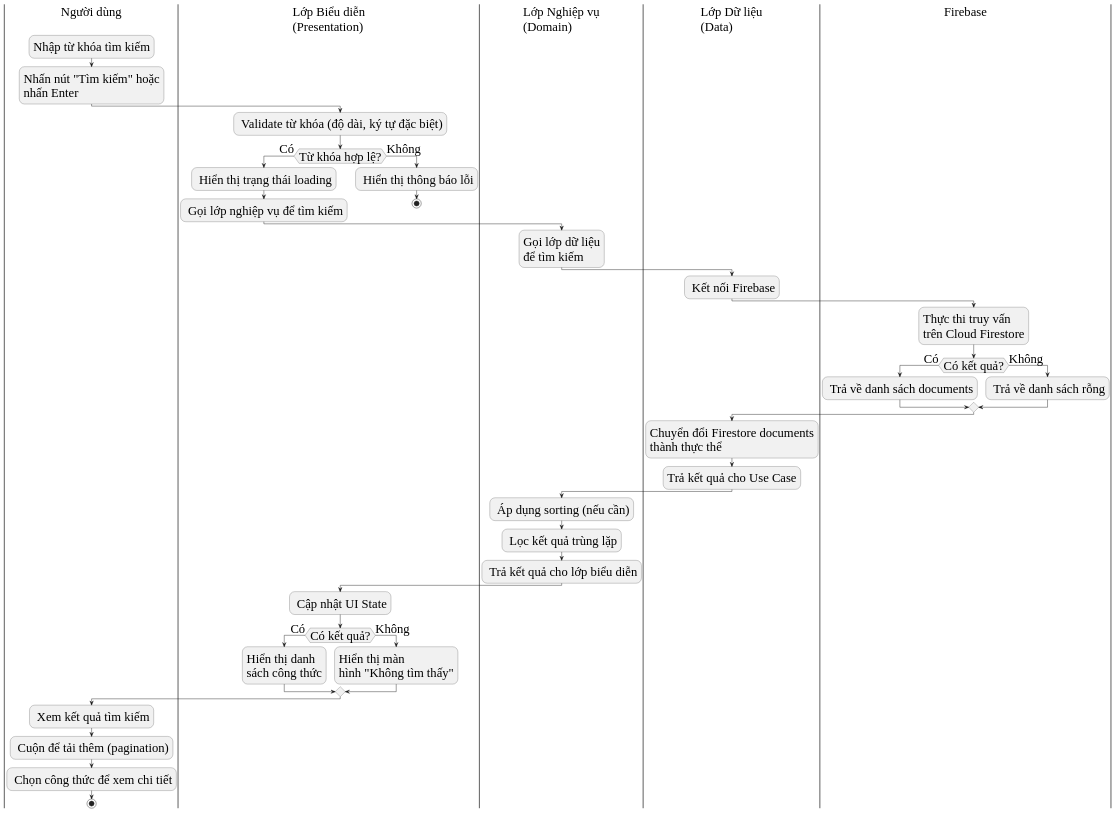
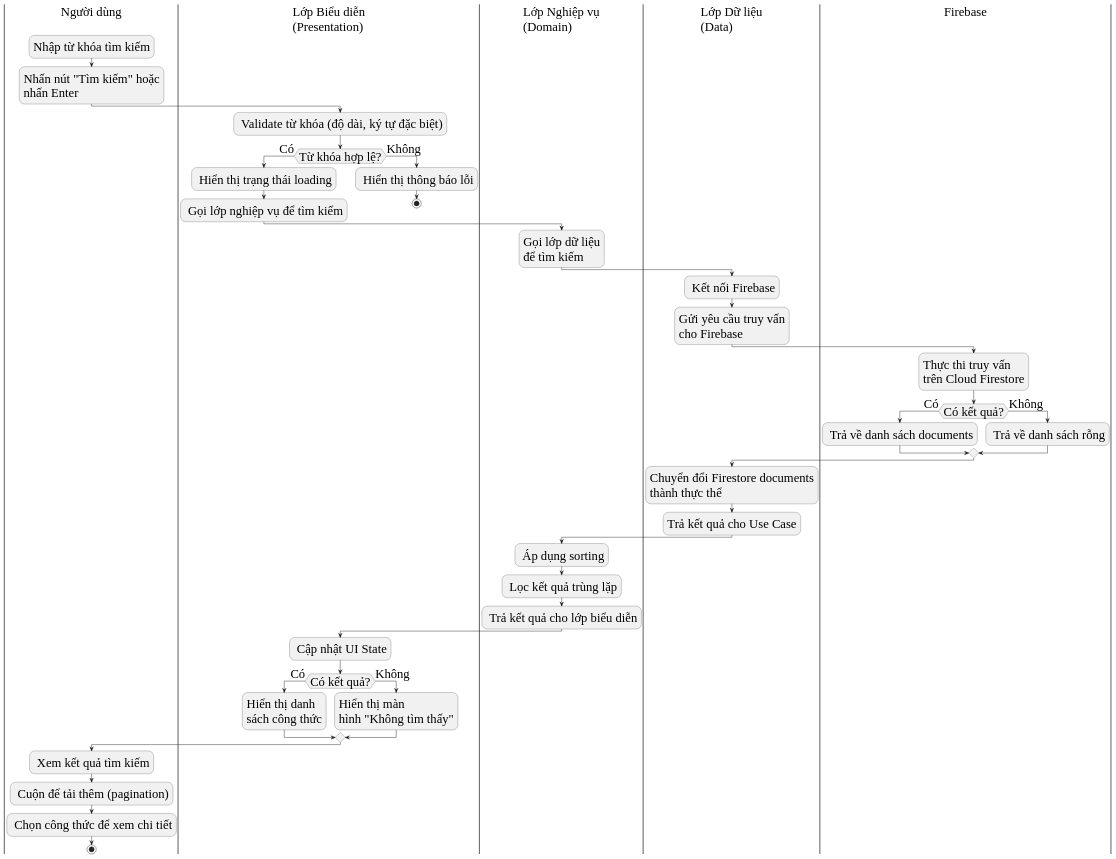
One commit to thecodinglife320/CookGood changed the diagram in diagram/search_share_recipe.puml. Above: the diagram before and after it, drawn with PlantUML. The commit also changed 38 other files, not shown here.

```diff
--- a/diagram/search_share_recipe.puml
+++ b/diagram/search_share_recipe.puml
@@ -1,56 +1,58 @@
 @startuml
 skinparam DefaultFontName "Liberation Serif"
 skinparam DefaultFontSize 30
 
 |Người dùng|
 :Nhập từ khóa tìm kiếm;
 :Nhấn nút "Tìm kiếm" hoặc\nnhấn Enter;
 
 |Lớp Biểu diễn\n(Presentation)|
 : Validate từ khóa (độ dài, ký tự đặc biệt);
 if (Từ khóa hợp lệ?) then (Có)
   : Hiển thị trạng thái loading;
   : Gọi lớp nghiệp vụ để tìm kiếm;
 else (Không)
   : Hiển thị thông báo lỗi;
   stop
 endif
 
 |Lớp Nghiệp vụ\n(Domain)|
 :Gọi lớp dữ liệu\nđể tìm kiếm;
 
 |Lớp Dữ liệu\n(Data)|
 : Kết nối Firebase;
+:Gửi yêu cầu truy vấn
+cho Firebase;
 
 |Firebase|
 :Thực thi truy vấn\ntrên Cloud Firestore;
 if (Có kết quả?) then (Có)
   : Trả về danh sách documents;
 else (Không)
   : Trả về danh sách rỗng;
 endif
 
 |Lớp Dữ liệu\n(Data)|
 :Chuyển đổi Firestore documents\nthành thực thể;
 :Trả kết quả cho Use Case;
 
 |Lớp Nghiệp vụ\n(Domain)|
-: Áp dụng sorting (nếu cần);
+: Áp dụng sorting;
 : Lọc kết quả trùng lặp;
 : Trả kết quả cho lớp biểu diễn;
 
 |Lớp Biểu diễn\n(Presentation)|
 : Cập nhật UI State;
 if (Có kết quả?) then (Có)
   :Hiển thị danh\nsách công thức;
 else (Không)
   :Hiển thị màn\nhình "Không tìm thấy";
 endif
 
 |Người dùng|
 : Xem kết quả tìm kiếm;
 : Cuộn để tải thêm (pagination);
 : Chọn công thức để xem chi tiết;
 
 stop
 @enduml
```
